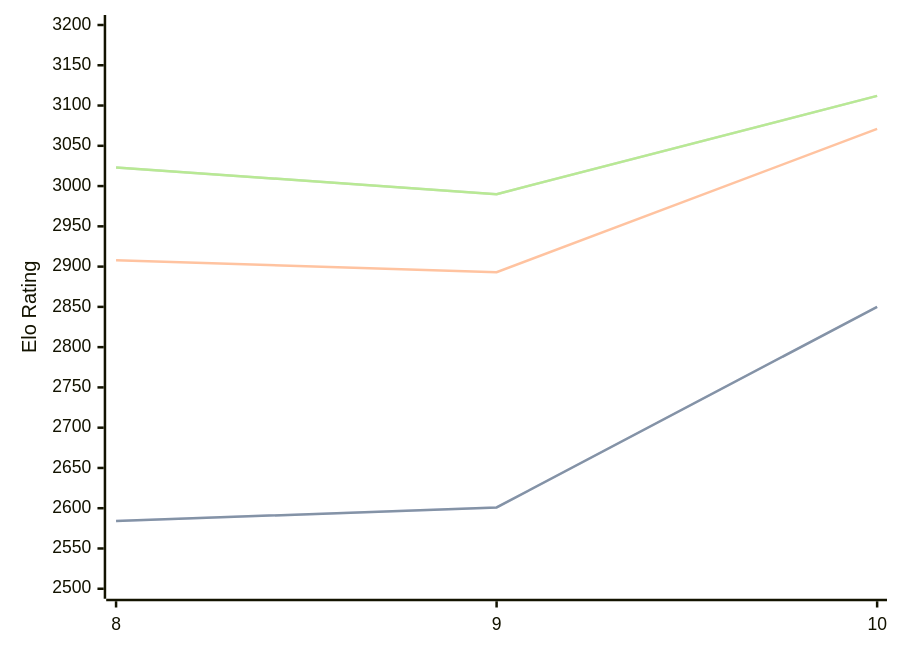
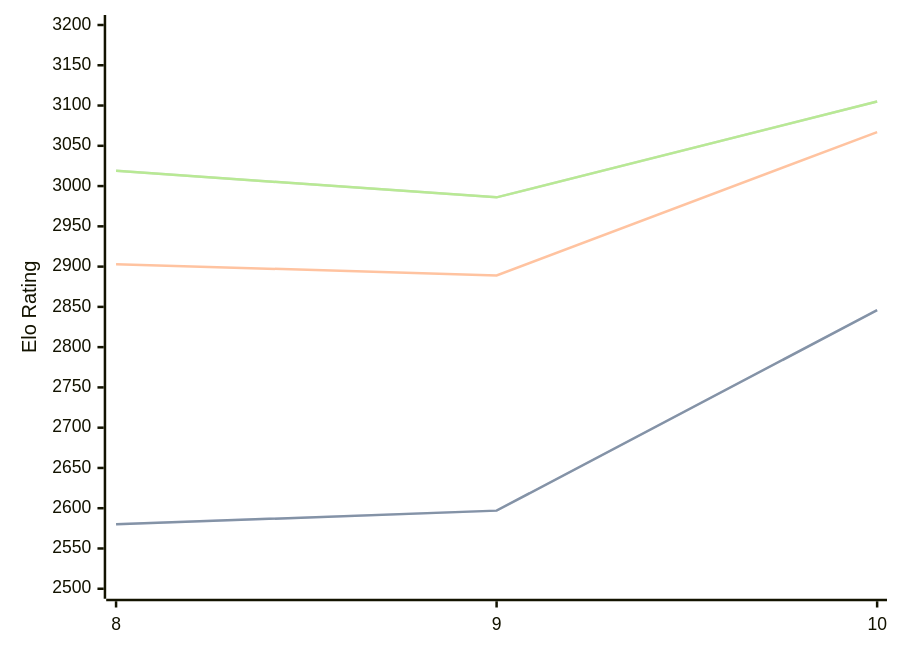
One commit to computer-chess-index/cci changed the third of 3 diagrams in engines/Lozza.md. Above: the diagram before and after it, drawn with Mermaid. The commit also changed other lines of this file, not shown here.

Commit message:
Update CCI Ratings (ELO VLTC) - 2026-07-16

````diff
--- a/engines/Lozza.md
+++ b/engines/Lozza.md
@@ -74,11 +74,11 @@
 ```mermaid
 %%{init: {"theme":"base","themeVariables":{"seriesColors:['#a3a3a3','#222221','#faa371']}}}%%
 xychart-beta
   x-axis ["8", "9", "10"]
   y-axis "Elo Rating" 2500 --> 3200
-  line "STC (8.0+0.08s)" [2584, 2601, 2850]
-  line "STC (8.0+0.08s)" [2584, 2601, 2850]
-  line "LTC (60.0+0.60s)" [2908, 2893, 3071]
-  line "VLTC (2m24s+1.12s)" [3023, 2990, 3112]
-  line "VLTC (2m24s+1.12s)" [3023, 2990, 3112]
+  line "STC (8.0+0.08s)" [2580, 2597, 2846]
+  line "STC (8.0+0.08s)" [2580, 2597, 2846]
+  line "LTC (60.0+0.60s)" [2903, 2889, 3067]
+  line "VLTC (2m24s+1.12s)" [3019, 2986, 3105]
+  line "VLTC (2m24s+1.12s)" [3019, 2986, 3105]
 ```
````
